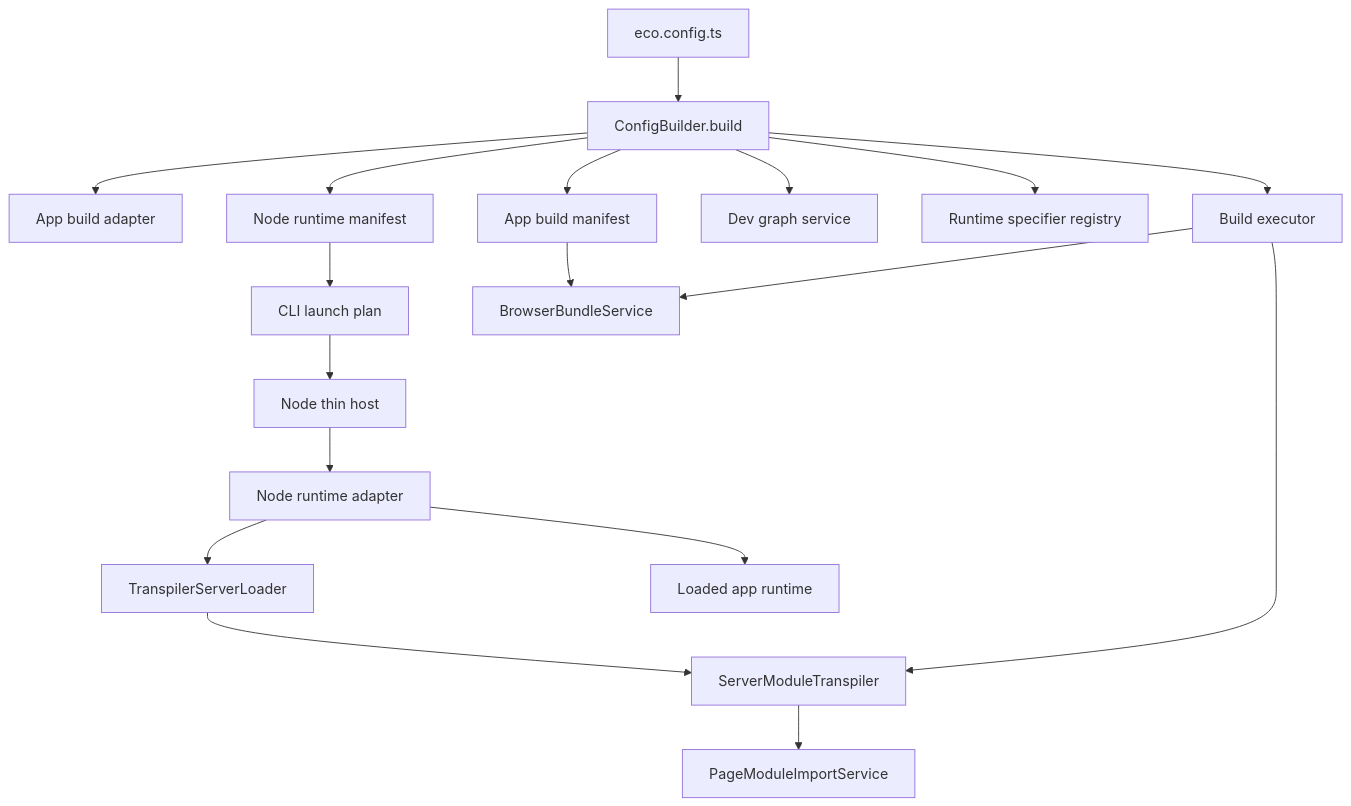
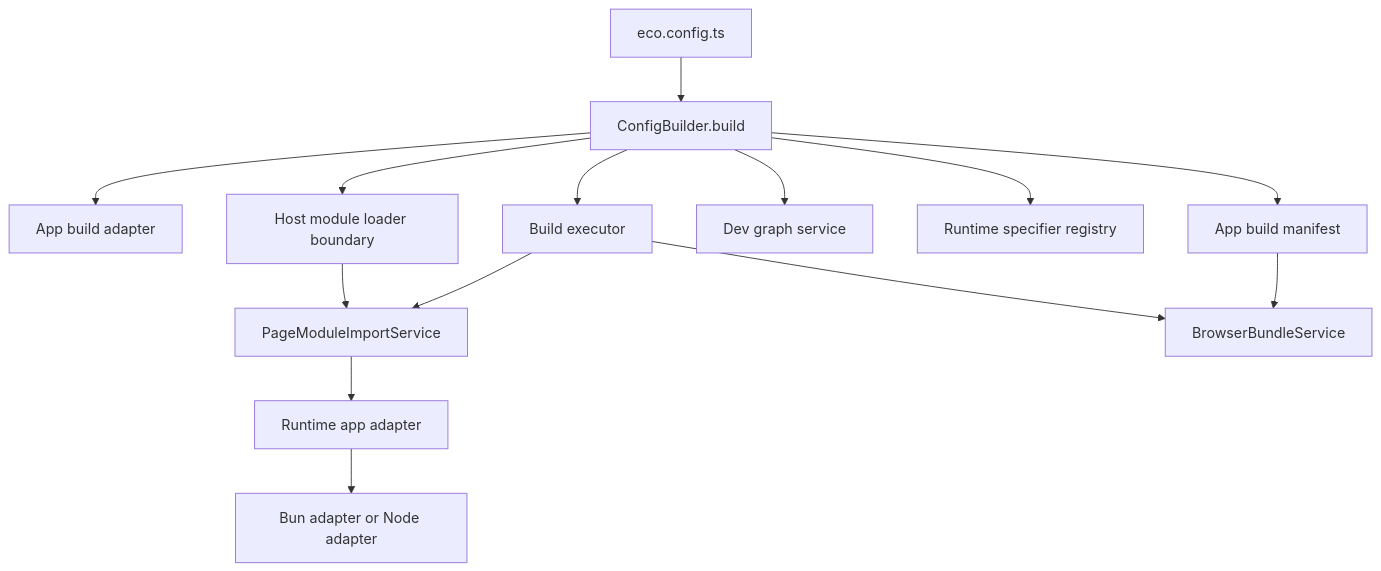
One commit to ecopages/ecopages changed the first of 2 diagrams in packages/core/README.md. Above: the diagram before and after it, drawn with Mermaid. The commit also changed other lines of this file and 6 other files, not shown here.

Commit message:
docs(runtime): align Bun and Node fallback guidance

````diff
--- a/packages/core/README.md
+++ b/packages/core/README.md
@@ -27,20 +27,16 @@
 ```mermaid
 flowchart TD
 	A[eco.config.ts] --> B[ConfigBuilder.build]
 	B --> C[App build adapter]
 	B --> D[App build manifest]
 	B --> E[Build executor]
 	B --> F[Dev graph service]
 	B --> G[Runtime specifier registry]
-	B --> H[Node runtime manifest]
-	H --> I[CLI launch plan]
-	I --> J[Node thin host]
-	J --> K[Node runtime adapter]
-	K --> L[TranspilerServerLoader]
-	L --> M[ServerModuleTranspiler]
-	M --> N[PageModuleImportService]
-	K --> O[Loaded app runtime]
-	D --> P[BrowserBundleService]
-	E --> M
-	E --> P
+	B --> H[Host module loader boundary]
+	H --> I[PageModuleImportService]
+	E --> I
+	E --> J[BrowserBundleService]
+	I --> K[Runtime app adapter]
+	K --> L[Bun adapter or Node adapter]
+	D --> J
 ```
````
